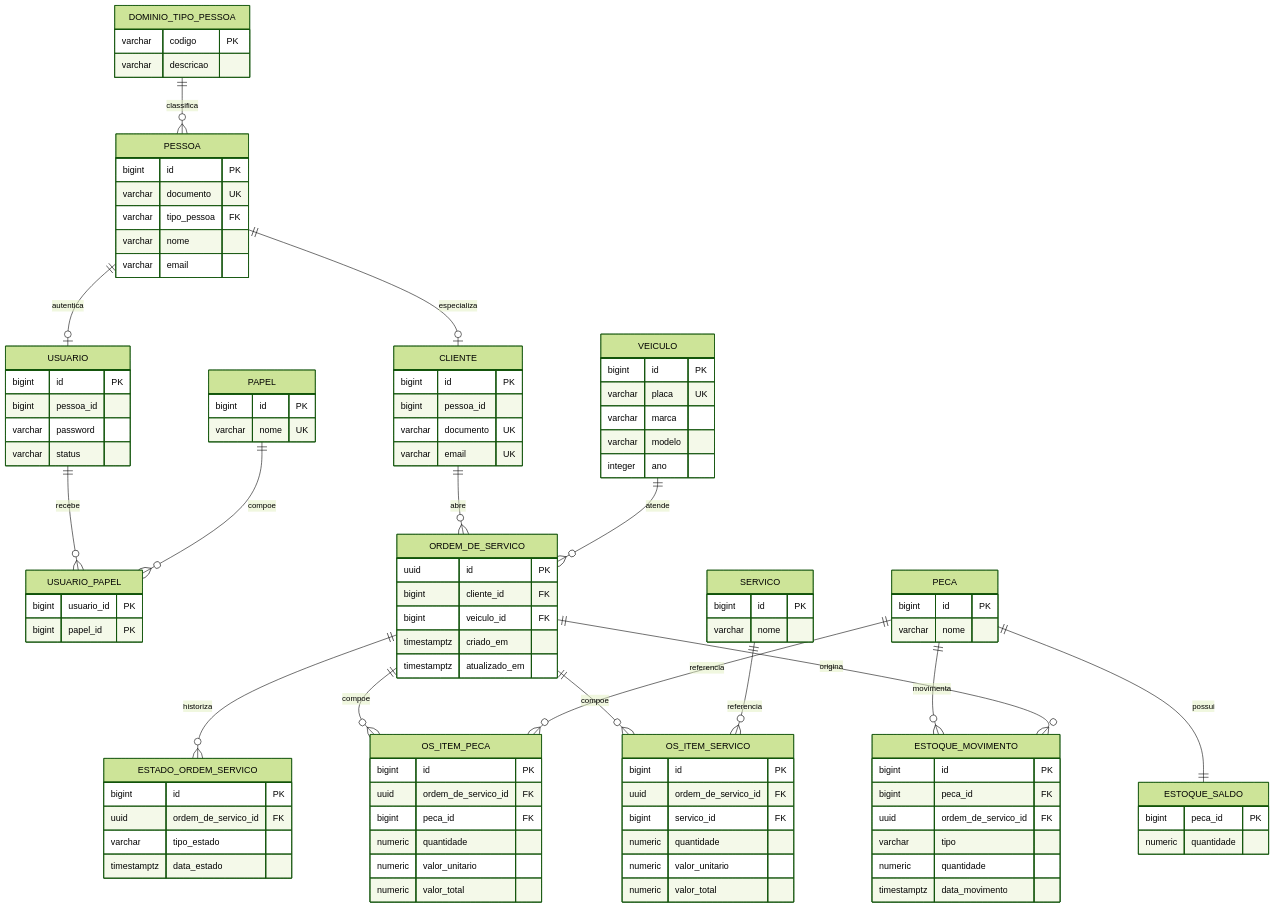
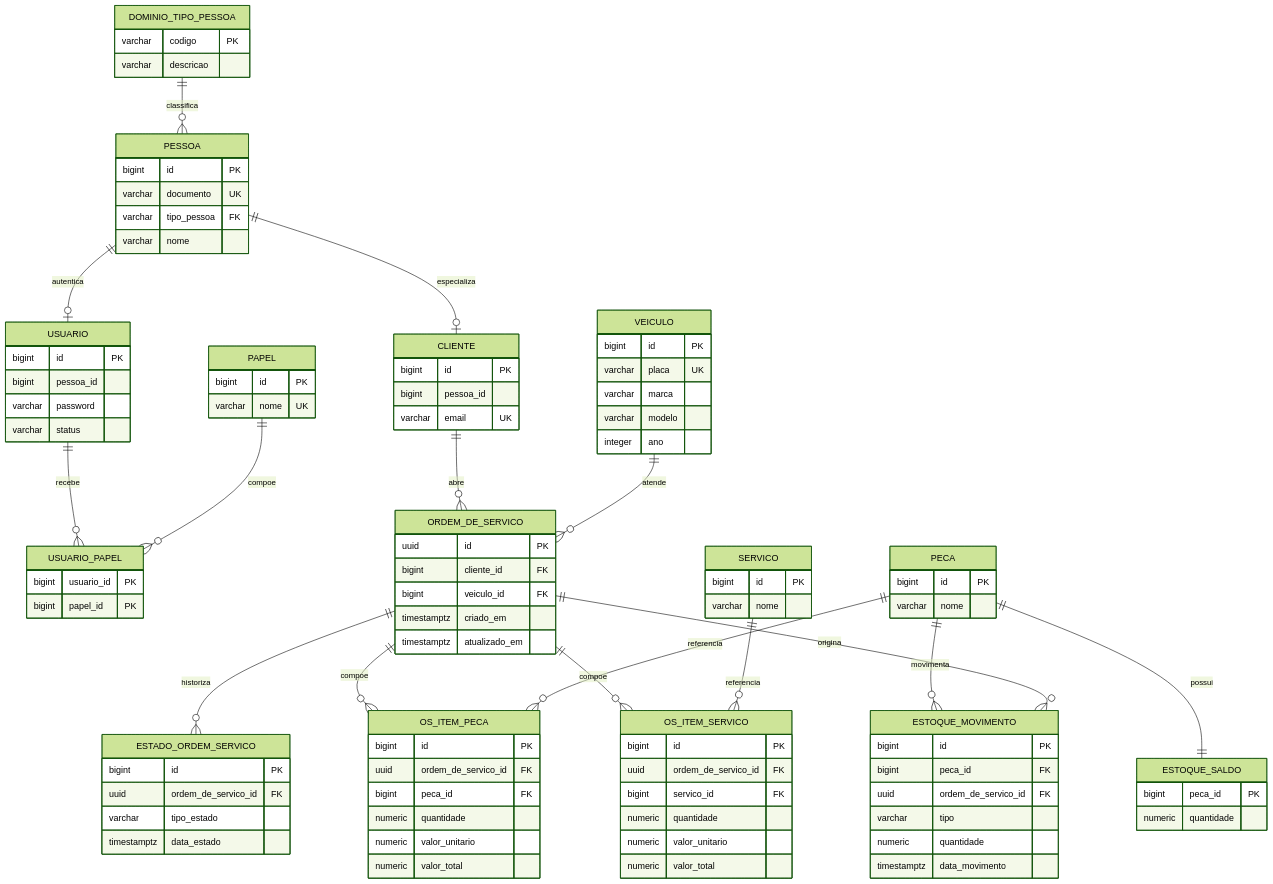
Before and after one commit to oficina-soat/oficina-infra-db: the second of 2 diagrams in JUSTIFICATIVA_BD_MODELO_RELACIONAL.md, drawn with Mermaid (forest theme). The commit also changed other lines of this file, not shown here.

Commit message:
docs: atualiza justificativa para schema v5

```diff
--- a/JUSTIFICATIVA_BD_MODELO_RELACIONAL.md
+++ b/JUSTIFICATIVA_BD_MODELO_RELACIONAL.md
@@ -254,13 +267,11 @@
         varchar documento UK
         varchar tipo_pessoa FK
         varchar nome
-        varchar email
     }
 
     CLIENTE {
         bigint id PK
         bigint pessoa_id
-        varchar documento UK
         varchar email UK
     }
 
```
